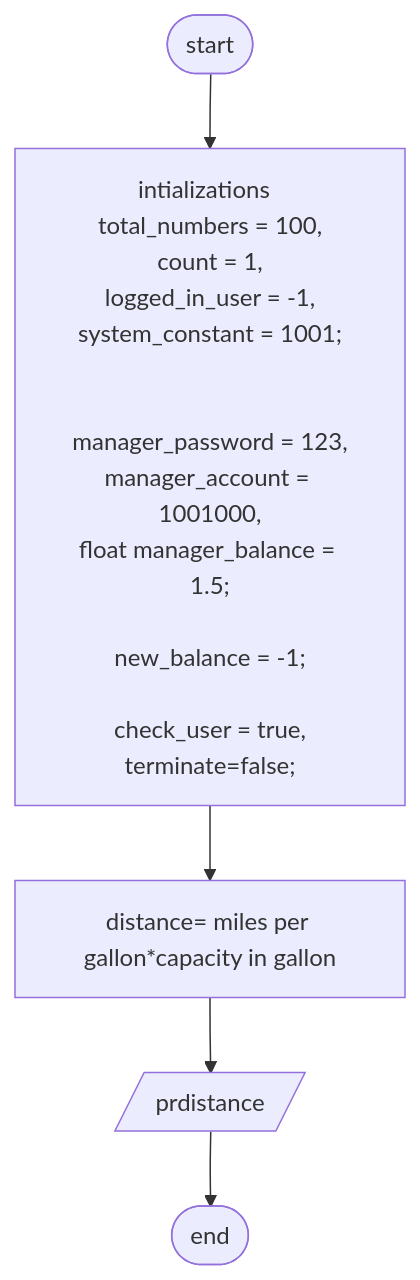
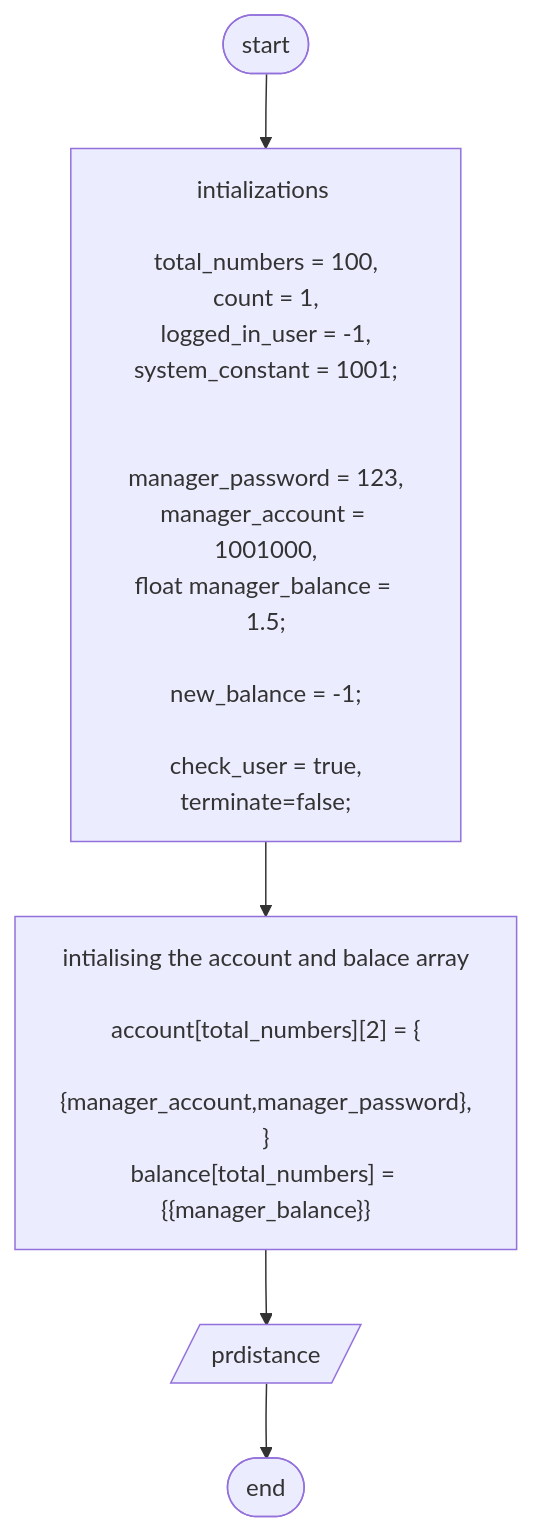
The first of 2 diagrams in FoP I/flowchart.md (Ludis-ET/Bank-Account), drawn with Mermaid before and after one commit.

Commit message:
adding the account

````diff
--- a/FoP I/flowchart.md
+++ b/FoP I/flowchart.md
@@ -1,24 +1,36 @@
 ```mermaid
     flowchart TD;
     A([start])-->B["
-    intializations  
+    intializations 
+
     total_numbers = 100,
     count = 1,
     logged_in_user = -1,
     system_constant = 1001;
 
 
     manager_password = 123,
     manager_account = 1001000,
     float manager_balance = 1.5;
     
     new_balance = -1;
 
     check_user = true,
     terminate=false;
     
     "];
-    B-->C["distance= miles per gallon*capacity in gallon"];
+
+
+    B-->C["
+    
+    intialising the account and balace array
+
+    account[total_numbers][2] = {
+        {manager_account,manager_password},
+    }
+    balance[total_numbers] = {{manager_balance}}
+
+    "];
     C-->D[/prdistance/];
     D-->E([end]);
 ```
````
